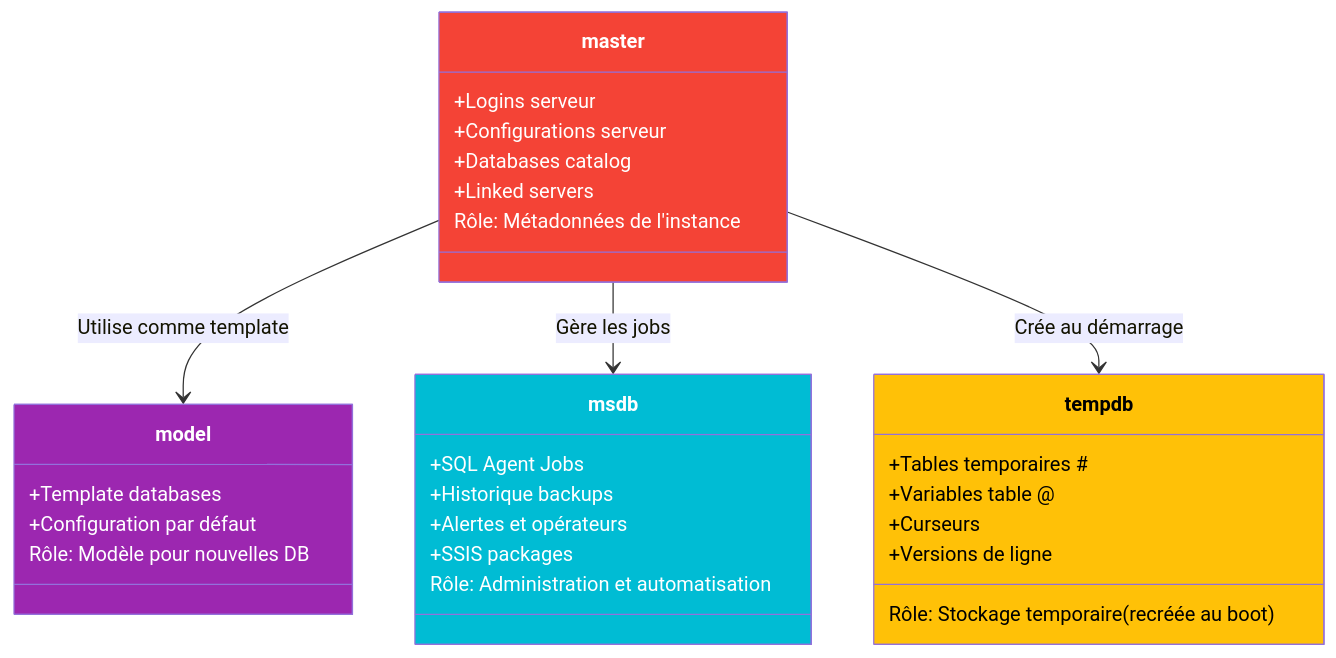
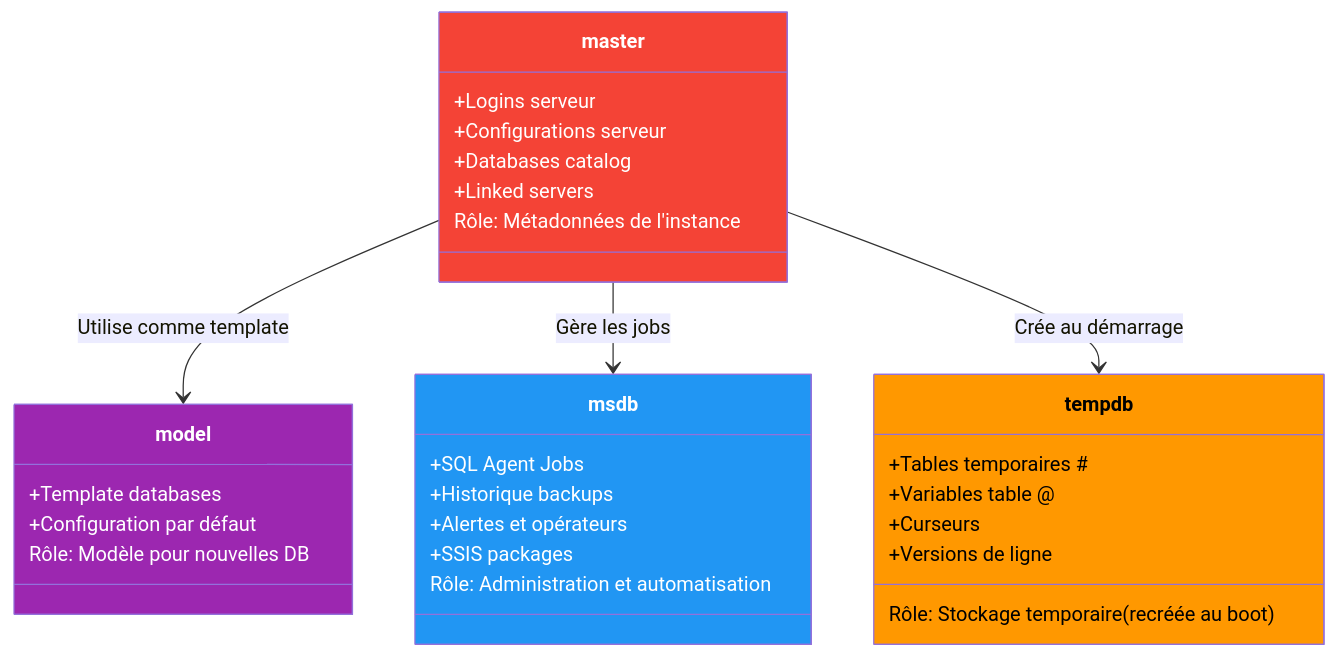
Before and after one commit to VBlackJack/ShellBook: the second of 2 diagrams in docs/formations/sql-server/01-module.md, drawn with Mermaid. The commit also changed other lines of this file and 337 other files, not shown here.

First line of the commit message:
refactor(docs): Standardize code blocks and Mermaid colors

````diff
--- a/docs/formations/sql-server/01-module.md
+++ b/docs/formations/sql-server/01-module.md
@@ -117,41 +117,41 @@
 ```mermaid
 classDiagram
     class master {
         +Logins serveur
         +Configurations serveur
         +Databases catalog
         +Linked servers
         Rôle: Métadonnées de l'instance
     }
 
     class model {
         +Template databases
         +Configuration par défaut
         Rôle: Modèle pour nouvelles DB
     }
 
     class msdb {
         +SQL Agent Jobs
         +Historique backups
         +Alertes et opérateurs
         +SSIS packages
         Rôle: Administration et automatisation
     }
 
     class tempdb {
         +Tables temporaires #
         +Variables table @
         +Curseurs
         +Versions de ligne
         Rôle: Stockage temporaire (recréée au boot)
     }
 
     master --> model : Utilise comme template
     master --> msdb : Gère les jobs
     master --> tempdb : Crée au démarrage
 
     style master fill:#F44336,color:#fff
     style model fill:#9C27B0,color:#fff
-    style msdb fill:#00BCD4,color:#fff
-    style tempdb fill:#FFC107,color:#000
+    style msdb fill:#2196F3,color:#fff
+    style tempdb fill:#FF9800,color:#000
 ```
````
